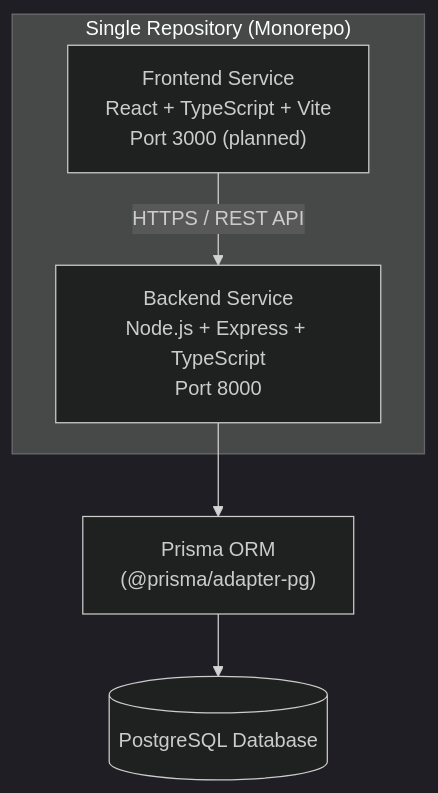
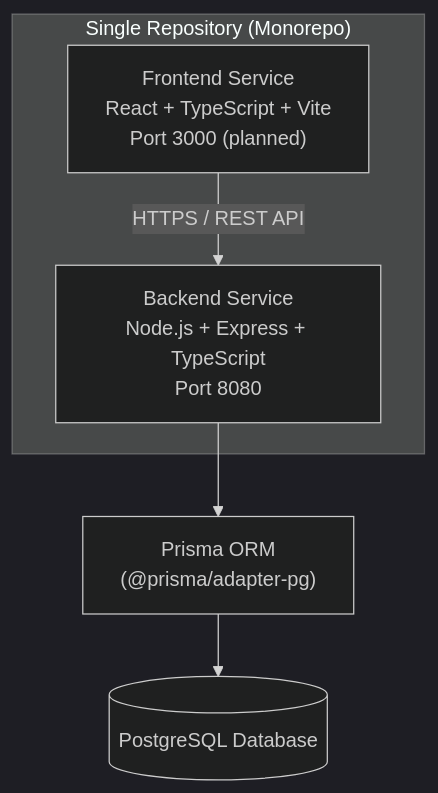
Before and after one commit to bittukumarthakur/acme-salary-management-system: the first of 2 diagrams in docs/architecture.md, drawn with Mermaid (dark theme). The commit also changed 2 other files, not shown here.

Commit message:
doc(backend): update port in readme and document

````diff
--- a/docs/architecture.md
+++ b/docs/architecture.md
@@ -5,11 +5,11 @@
 ```mermaid
 flowchart TB
     subgraph Monorepo["Single Repository (Monorepo)"]
         FE["Frontend Service<br/>React + TypeScript + Vite<br/>Port 3000 (planned)"]
-        BE["Backend Service<br/>Node.js + Express + TypeScript<br/>Port 8000"]
+        BE["Backend Service<br/>Node.js + Express + TypeScript<br/>Port 8080"]
     end
 
     FE -->|"HTTPS / REST API"| BE
     BE --> PRISMA["Prisma ORM<br/>(@prisma/adapter-pg)"]
     PRISMA --> DB[("PostgreSQL Database")]
 ```
````
